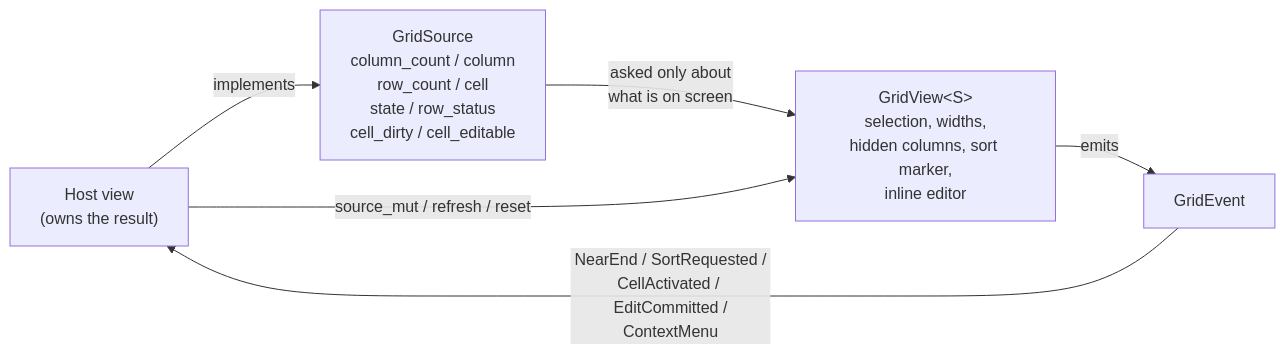
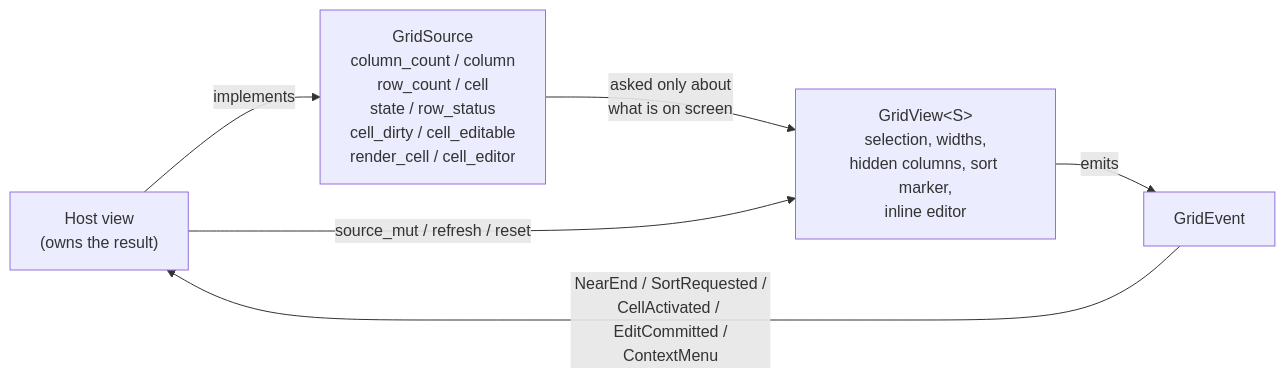
The diagram in docs/grid.md (xcomart/rugpui), drawn with Mermaid before and after one commit. The commit also changed other lines of this file and 8 other files, not shown here.

First line of the commit message:
Let a grid source draw a cell and choose how it is edited

````diff
--- a/docs/grid.md
+++ b/docs/grid.md
@@ -18,13 +19,13 @@
 ```mermaid
 flowchart LR
     H["Host view<br/>(owns the result)"]
-    S["GridSource<br/>column_count / column<br/>row_count / cell<br/>state / row_status<br/>cell_dirty / cell_editable"]
+    S["GridSource<br/>column_count / column<br/>row_count / cell<br/>state / row_status<br/>cell_dirty / cell_editable<br/>render_cell / cell_editor"]
     G["GridView&lt;S&gt;<br/>selection, widths,<br/>hidden columns, sort marker,<br/>inline editor"]
     E["GridEvent"]
 
     H -- "implements" --> S
     S -- "asked only about<br/>what is on screen" --> G
     G -- "emits" --> E
     E -- "NearEnd / SortRequested /<br/>CellActivated / EditCommitted /<br/>ContextMenu" --> H
     H -- "source_mut / refresh / reset" --> G
 ```
````
